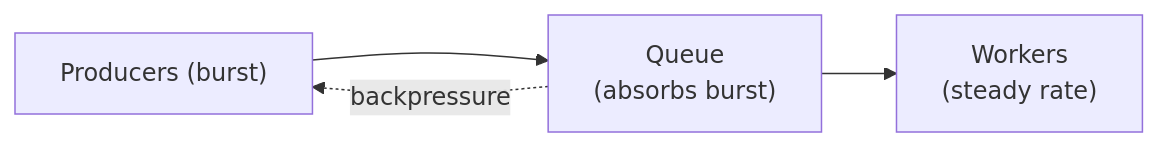
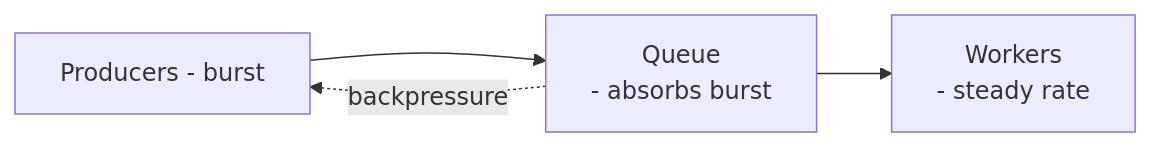
The third of 3 diagrams in docs/05-architecture-patterns/04-resilience-patterns.md (RIT-MESH/system-design-mastery), drawn with Mermaid before and after one commit. The commit also changed 139 other files, not shown here.

First line of the commit message:
Fix Mermaid parse errors: replace parentheses in node labels across 140 files

````diff
--- a/docs/05-architecture-patterns/04-resilience-patterns.md
+++ b/docs/05-architecture-patterns/04-resilience-patterns.md
@@ -65,7 +65,7 @@
 ```mermaid
 %% created-for: system-design-mastery
 flowchart LR
-  P["Producers (burst)"] --> Q["Queue<br/>(absorbs burst)"]
-  Q --> W["Workers<br/>(steady rate)"]
+  P["Producers - burst"] --> Q["Queue<br/> - absorbs burst"]
+  Q --> W["Workers<br/> - steady rate"]
   Q -.backpressure.-> P
 ```
````
